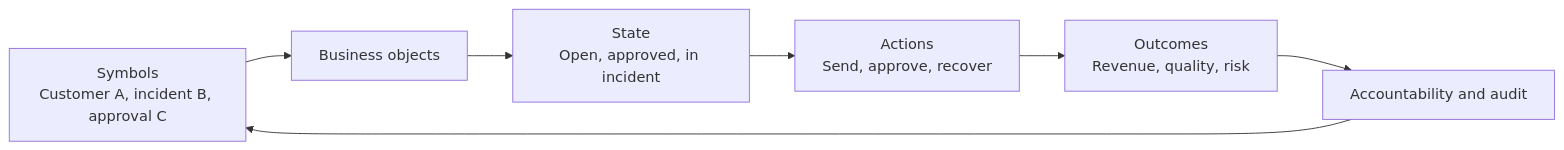
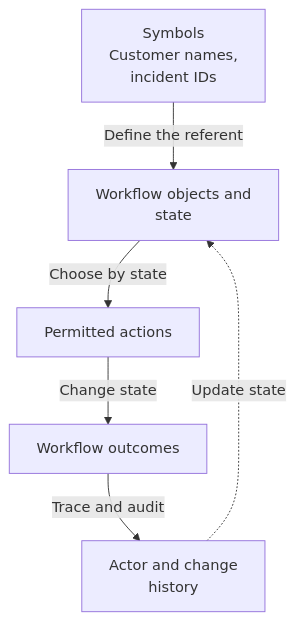
Before and after one commit to daylight55/research: the sixth of 13 diagrams in articles/report/ai-llm-ontology-memory/en/index.mdx, drawn with Mermaid. The commit also changed other lines of this file and 181 other files, not shown here.

First line of the commit message:
全記事の図解368点を再生成し、共通注意書きを削除 (#402)

````diff
--- a/articles/report/ai-llm-ontology-memory/en/index.mdx
+++ b/articles/report/ai-llm-ontology-memory/en/index.mdx
@@ -184,9 +216,15 @@
 ```mermaid
-flowchart LR
-  S["Symbols<br/>Customer A, incident B, approval C"] --> O["Business objects"]
-  O --> St["State<br/>Open, approved, in incident"]
-  St --> Ac["Actions<br/>Send, approve, recover"]
-  Ac --> Re["Outcomes<br/>Revenue, quality, risk"]
-  Re --> Au["Accountability and audit"]
-  Au --> S
+flowchart TD
+  accTitle: Link symbols to objects, states and actions
+  accDescr: Track what a customer name or incident ID denotes and which action changes its state. Retain outcomes and the responsible actor for audit.
+  N0["Symbols<br/>Customer names,<br/>incident IDs"]
+  N1["Workflow objects and<br/>state"]
+  N2["Permitted actions"]
+  N3["Workflow outcomes"]
+  N4["Actor and change<br/>history"]
+  N0 -->|Define the referent| N1
+  N1 -->|Choose by state| N2
+  N2 -->|Change state| N3
+  N3 -->|Trace and audit| N4
+  N4 -.->|Update state| N1
 ```
````
